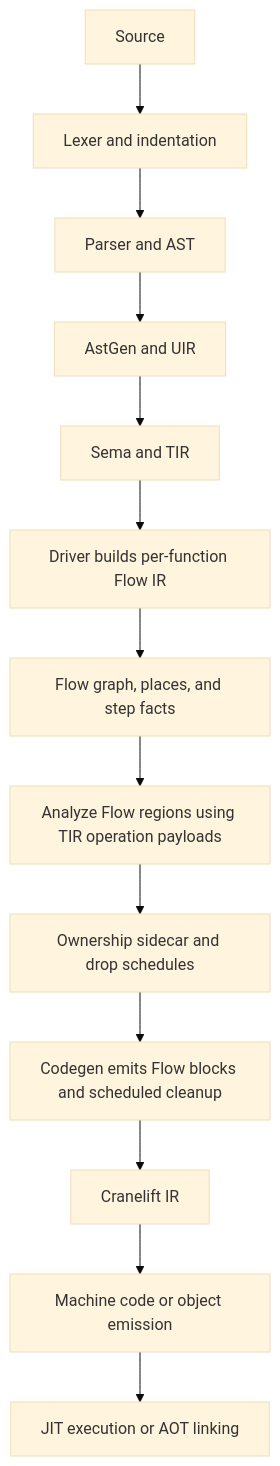
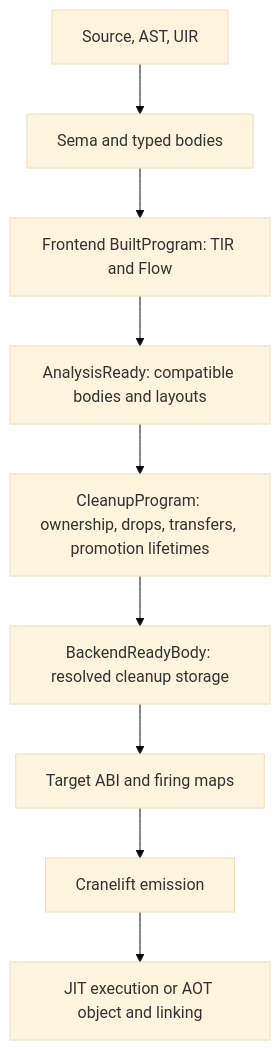
One commit to ryolang/ryo changed the first of 3 diagrams in docs/dev/pipeline_migration.md. Above: the diagram before and after it, drawn with Mermaid (base theme). The commit also changed other lines of this file and 66 other files, not shown here.

First line of the commit message:
fix: complete Flow cleanup migration (I-216)

````diff
--- a/docs/dev/pipeline_migration.md
+++ b/docs/dev/pipeline_migration.md
@@ -67,15 +68,11 @@
 ```mermaid
 flowchart TD
-    A[Source] --> B[Lexer and indentation]
-    B --> C[Parser and AST]
-    C --> D[AstGen and UIR]
-    D --> E[Sema and TIR]
-    E --> F[Driver builds per-function Flow IR]
-    F --> G[Flow graph, places, and step facts]
-    G --> H[Analyze Flow regions using TIR operation payloads]
-    H --> I[Ownership sidecar and drop schedules]
-    I --> J[Codegen emits Flow blocks and scheduled cleanup]
-    J --> K[Cranelift IR]
-    K --> L[Machine code or object emission]
-    L --> M[JIT execution or AOT linking]
+    A[Source, AST, UIR] --> B[Sema and typed bodies]
+    B --> C[Frontend BuiltProgram: TIR and Flow]
+    C --> D[AnalysisReady: compatible bodies and layouts]
+    D --> E[CleanupProgram: ownership, drops, transfers, promotion lifetimes]
+    E --> F[BackendReadyBody: resolved cleanup storage]
+    F --> G[Target ABI and firing maps]
+    G --> H[Cranelift emission]
+    H --> I[JIT execution or AOT object and linking]
 ```
````
